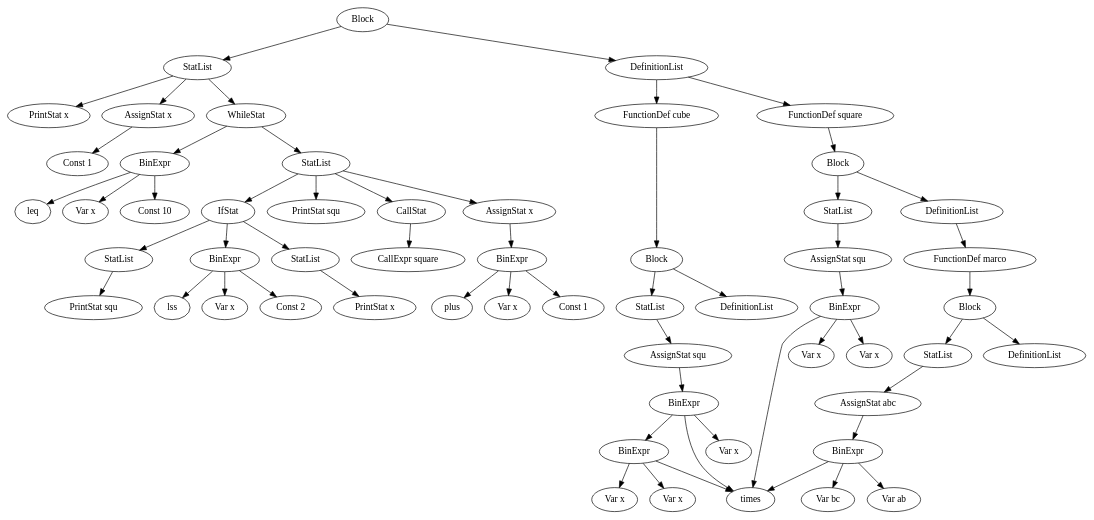
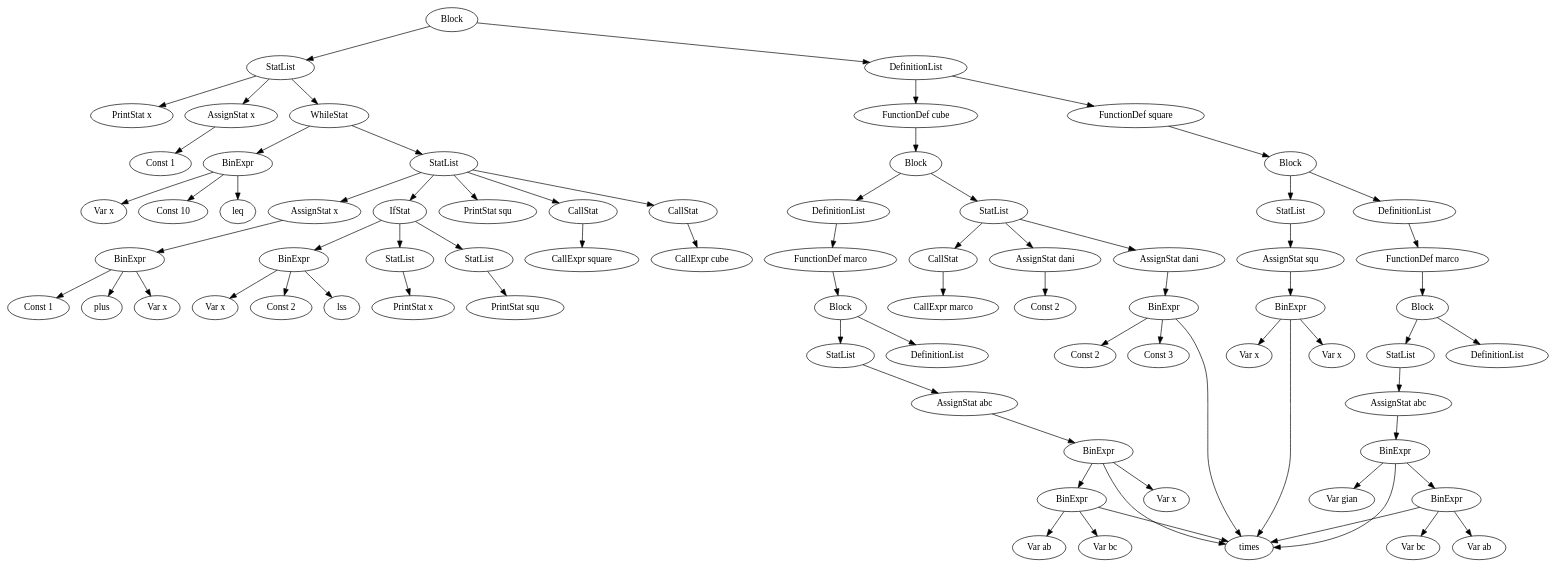
One commit to AloveIs/COT_lab changed the diagram in ir.gv. Above: the diagram before and after it, drawn with Graphviz. The commit also changed 211 other files, not shown here.

```diff
--- a/ir.gv
+++ b/ir.gv
@@ -1,119 +1,155 @@
 digraph "IR representation" {
-	140700635512272 [label="Block "]
-	140700635512272 -> 140700635510608
-	140700635512272 -> 140700635486032
-	140700635510608 [label="StatList "]
-	140700635510608 -> 140700635510736
-	140700635510608 -> 140700635512144
-	140700635510608 -> 140700635512208
-	140700635510736 [label="AssignStat x"]
-	140700635510736 -> 140700635510672
-	140700635510672 [label="Const 1"]
-	140700635512144 [label="WhileStat "]
-	140700635512144 -> 140700635510992
-	140700635512144 -> 140700635510928
-	140700635510992 [label="StatList "]
-	140700635510992 -> 140700635511120
-	140700635510992 -> 140700635511376
-	140700635510992 -> 140700635512016
-	140700635510992 -> 140700635512080
-	140700635511120 [label="CallStat "]
-	140700635511120 -> 140700635511056
-	140700635511056 [label="CallExpr square"]
-	140700635511376 [label="AssignStat x"]
-	140700635511376 -> 140700635511312
-	140700635511312 [label="BinExpr "]
-	140700635511312 -> 140700660493552
-	140700660493552 [label=plus]
-	140700635511312 -> 140700635511184
-	140700635511312 -> 140700635511248
-	140700635511184 [label="Var x"]
-	140700635511248 [label="Const 1"]
-	140700635512016 [label="IfStat "]
-	140700635512016 -> 140700635511888
-	140700635512016 -> 140700635511696
-	140700635512016 -> 140700635511760
-	140700635511888 [label="StatList "]
-	140700635511888 -> 140700635511952
-	140700635511952 [label="PrintStat squ"]
-	140700635511696 [label="BinExpr "]
-	140700635511696 -> 140700637308488
-	140700637308488 [label=lss]
-	140700635511696 -> 140700635511504
-	140700635511696 -> 140700635511632
-	140700635511504 [label="Var x"]
-	140700635511632 [label="Const 2"]
-	140700635511760 [label="StatList "]
-	140700635511760 -> 140700635511824
-	140700635511824 [label="PrintStat x"]
-	140700635512080 [label="PrintStat squ"]
-	140700635510928 [label="BinExpr "]
-	140700635510928 -> 140700637308528
-	140700637308528 [label=leq]
-	140700635510928 -> 140700635510800
-	140700635510928 -> 140700635510864
-	140700635510800 [label="Var x"]
-	140700635510864 [label="Const 10"]
-	140700635512208 [label="PrintStat x"]
-	140700635486032 [label="DefinitionList "]
-	140700635486032 -> 140700635509648
-	140700635486032 -> 140700635510480
-	140700635509648 [label="FunctionDef square"]
-	140700635509648 -> 140700635509520
-	140700635509520 [label="Block "]
-	140700635509520 -> 140700635509200
-	140700635509520 -> 140700635486736
-	140700635509200 [label="StatList "]
-	140700635509200 -> 140700635509456
-	140700635509456 [label="AssignStat squ"]
-	140700635509456 -> 140700635509392
-	140700635509392 [label="BinExpr "]
-	140700635509392 -> 140700661510080
-	140700661510080 [label=times]
-	140700635509392 -> 140700635509264
-	140700635509392 -> 140700635509328
-	140700635509264 [label="Var x"]
-	140700635509328 [label="Var x"]
-	140700635486736 [label="DefinitionList "]
-	140700635486736 -> 140700635509072
-	140700635509072 [label="FunctionDef marco"]
-	140700635509072 -> 140700635508944
-	140700635508944 [label="Block "]
-	140700635508944 -> 140700635487504
-	140700635508944 -> 140700635487120
-	140700635487504 [label="StatList "]
-	140700635487504 -> 140700635508880
-	140700635508880 [label="AssignStat abc"]
-	140700635508880 -> 140700635508816
-	140700635508816 [label="BinExpr "]
-	140700635508816 -> 140700661510080
-	140700661510080 [label=times]
-	140700635508816 -> 140700635488080
-	140700635508816 -> 140700635488208
-	140700635488080 [label="Var ab"]
-	140700635488208 [label="Var bc"]
-	140700635487120 [label="DefinitionList "]
-	140700635510480 [label="FunctionDef cube"]
-	140700635510480 -> 140700635510352
-	140700635510352 [label="Block "]
-	140700635510352 -> 140700635509904
-	140700635510352 -> 140700635509776
-	140700635509904 [label="StatList "]
-	140700635509904 -> 140700635510288
-	140700635510288 [label="AssignStat squ"]
-	140700635510288 -> 140700635510224
-	140700635510224 [label="BinExpr "]
-	140700635510224 -> 140700661510080
-	140700661510080 [label=times]
-	140700635510224 -> 140700635510096
-	140700635510224 -> 140700635510160
-	140700635510096 [label="BinExpr "]
-	140700635510096 -> 140700661510080
-	140700661510080 [label=times]
-	140700635510096 -> 140700635509968
-	140700635510096 -> 140700635510032
-	140700635509968 [label="Var x"]
-	140700635510032 [label="Var x"]
-	140700635510160 [label="Var x"]
-	140700635509776 [label="DefinitionList "]
+	140245727800336 [label="Block "]
+	140245727800336 -> 140245727798544
+	140245727800336 -> 140245753294800
+	140245727798544 [label="StatList "]
+	140245727798544 -> 140245727798672
+	140245727798544 -> 140245727800208
+	140245727798544 -> 140245727800272
+	140245727798672 [label="AssignStat x"]
+	140245727798672 -> 140245727798608
+	140245727798608 [label="Const 1"]
+	140245727800208 [label="WhileStat "]
+	140245727800208 -> 140245727798928
+	140245727800208 -> 140245727798864
+	140245727798928 [label="StatList "]
+	140245727798928 -> 140245727799056
+	140245727798928 -> 140245727799184
+	140245727798928 -> 140245727799440
+	140245727798928 -> 140245727800080
+	140245727798928 -> 140245727800144
+	140245727799056 [label="CallStat "]
+	140245727799056 -> 140245727798992
+	140245727798992 [label="CallExpr square"]
+	140245727799184 [label="CallStat "]
+	140245727799184 -> 140245727799120
+	140245727799120 [label="CallExpr cube"]
+	140245727799440 [label="AssignStat x"]
+	140245727799440 -> 140245727799376
+	140245727799376 [label="BinExpr "]
+	140245727799376 -> 140245753507296
+	140245753507296 [label=plus]
+	140245727799376 -> 140245727799248
+	140245727799376 -> 140245727799312
+	140245727799248 [label="Var x"]
+	140245727799312 [label="Const 1"]
+	140245727800080 [label="IfStat "]
+	140245727800080 -> 140245727799952
+	140245727800080 -> 140245727799760
+	140245727800080 -> 140245727799824
+	140245727799952 [label="StatList "]
+	140245727799952 -> 140245727800016
+	140245727800016 [label="PrintStat squ"]
+	140245727799760 [label="BinExpr "]
+	140245727799760 -> 140245730336160
+	140245730336160 [label=lss]
+	140245727799760 -> 140245727799568
+	140245727799760 -> 140245727799696
+	140245727799568 [label="Var x"]
+	140245727799696 [label="Const 2"]
+	140245727799824 [label="StatList "]
+	140245727799824 -> 140245727799888
+	140245727799888 [label="PrintStat x"]
+	140245727800144 [label="PrintStat squ"]
+	140245727798864 [label="BinExpr "]
+	140245727798864 -> 140245730336200
+	140245730336200 [label=leq]
+	140245727798864 -> 140245727798736
+	140245727798864 -> 140245727798800
+	140245727798736 [label="Var x"]
+	140245727798800 [label="Const 10"]
+	140245727800272 [label="PrintStat x"]
+	140245753294800 [label="DefinitionList "]
+	140245753294800 -> 140245727775888
+	140245753294800 -> 140245727798416
+	140245727775888 [label="FunctionDef square"]
+	140245727775888 -> 140245727775824
+	140245727775824 [label="Block "]
+	140245727775824 -> 140245727775504
+	140245727775824 -> 140245727773456
+	140245727775504 [label="StatList "]
+	140245727775504 -> 140245727775760
+	140245727775760 [label="AssignStat squ"]
+	140245727775760 -> 140245727775696
+	140245727775696 [label="BinExpr "]
+	140245727775696 -> 140245754523584
+	140245754523584 [label=times]
+	140245727775696 -> 140245727775568
+	140245727775696 -> 140245727775632
+	140245727775568 [label="Var x"]
+	140245727775632 [label="Var x"]
+	140245727773456 [label="DefinitionList "]
+	140245727773456 -> 140245727775376
+	140245727775376 [label="FunctionDef marco"]
+	140245727775376 -> 140245727775312
+	140245727775312 [label="Block "]
+	140245727775312 -> 140245727774288
+	140245727775312 -> 140245727773904
+	140245727774288 [label="StatList "]
+	140245727774288 -> 140245727775248
+	140245727775248 [label="AssignStat abc"]
+	140245727775248 -> 140245727775184
+	140245727775184 [label="BinExpr "]
+	140245727775184 -> 140245754523584
+	140245754523584 [label=times]
+	140245727775184 -> 140245727775056
+	140245727775184 -> 140245727775120
+	140245727775056 [label="BinExpr "]
+	140245727775056 -> 140245754523584
+	140245754523584 [label=times]
+	140245727775056 -> 140245727774864
+	140245727775056 -> 140245727774992
+	140245727774864 [label="Var ab"]
+	140245727774992 [label="Var bc"]
+	140245727775120 [label="Var gian"]
+	140245727773904 [label="DefinitionList "]
+	140245727798416 [label="FunctionDef cube"]
+	140245727798416 -> 140245727798352
+	140245727798352 [label="Block "]
+	140245727798352 -> 140245727797776
+	140245727798352 -> 140245727776080
+	140245727797776 [label="StatList "]
+	140245727797776 -> 140245727797904
+	140245727797776 -> 140245727798160
+	140245727797776 -> 140245727798288
+	140245727797904 [label="CallStat "]
+	140245727797904 -> 140245727797840
+	140245727797840 [label="CallExpr marco"]
+	140245727798160 [label="AssignStat dani"]
+	140245727798160 -> 140245727798096
+	140245727798096 [label="BinExpr "]
+	140245727798096 -> 140245754523584
+	140245754523584 [label=times]
+	140245727798096 -> 140245727797968
+	140245727798096 -> 140245727798032
+	140245727797968 [label="Const 2"]
+	140245727798032 [label="Const 3"]
+	140245727798288 [label="AssignStat dani"]
+	140245727798288 -> 140245727798224
+	140245727798224 [label="Const 2"]
+	140245727776080 [label="DefinitionList "]
+	140245727776080 -> 140245727797648
+	140245727797648 [label="FunctionDef marco"]
+	140245727797648 -> 140245727797584
+	140245727797584 [label="Block "]
+	140245727797584 -> 140245727776592
+	140245727797584 -> 140245727776272
+	140245727776592 [label="StatList "]
+	140245727776592 -> 140245727797520
+	140245727797520 [label="AssignStat abc"]
+	140245727797520 -> 140245727797456
+	140245727797456 [label="BinExpr "]
+	140245727797456 -> 140245754523584
+	140245754523584 [label=times]
+	140245727797456 -> 140245727797328
+	140245727797456 -> 140245727797392
+	140245727797328 [label="BinExpr "]
+	140245727797328 -> 140245754523584
+	140245754523584 [label=times]
+	140245727797328 -> 140245727776656
+	140245727797328 -> 140245727776720
+	140245727776656 [label="Var ab"]
+	140245727776720 [label="Var bc"]
+	140245727797392 [label="Var x"]
+	140245727776272 [label="DefinitionList "]
 }
```
